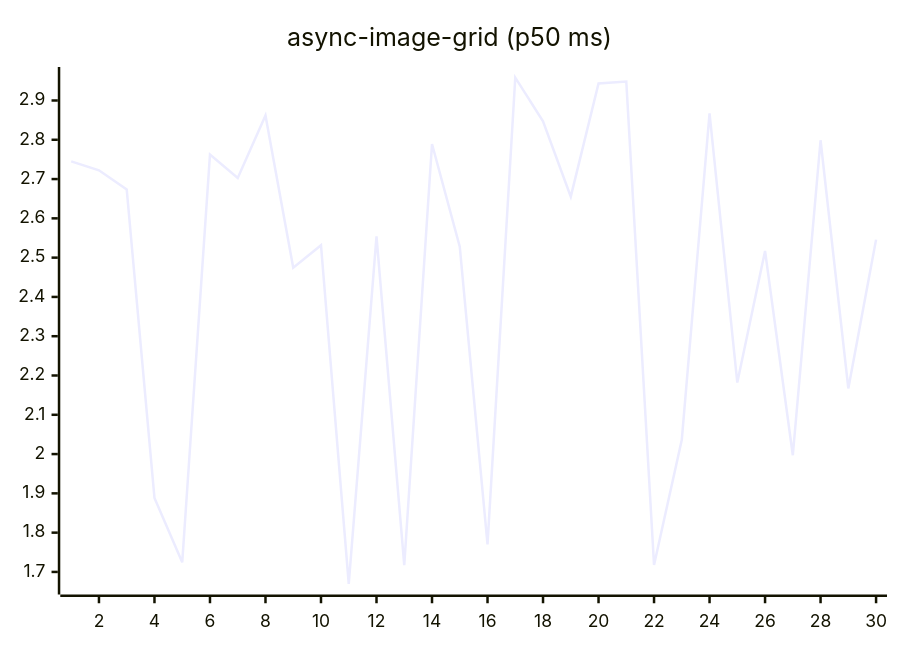
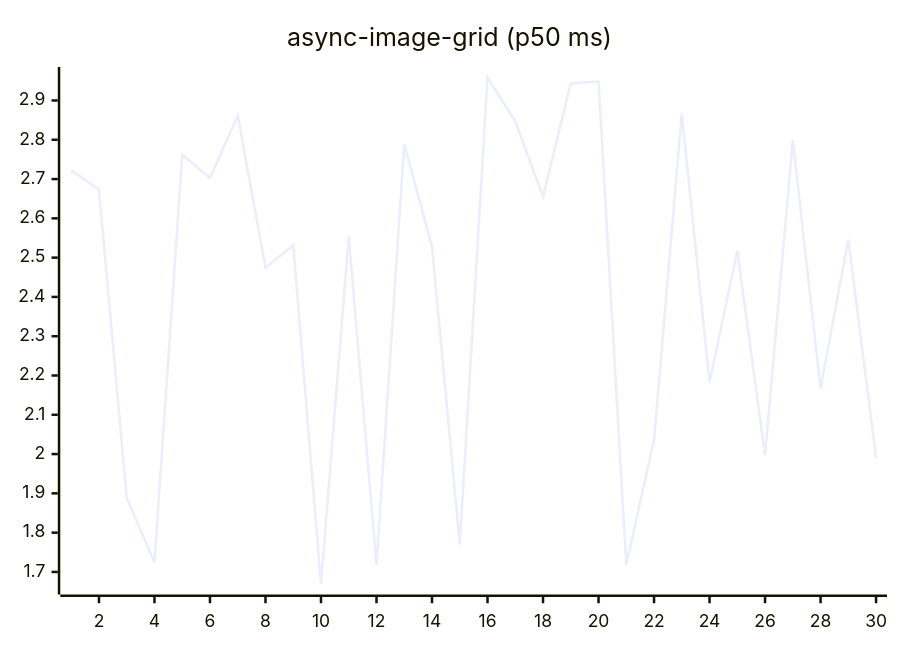
The fifth of 27 diagrams in README.md (josha/Facet), drawn with Mermaid before and after one commit. The commit also changed other lines of this file and 2 other files, not shown here.

````diff
--- a/README.md
+++ b/README.md
@@ -91,6 +91,6 @@
 ```mermaid
 xychart-beta
     title "async-image-grid (p50 ms)"
     x-axis 1 --> 30
-    line [2.7451, 2.7222, 2.6737, 1.8884, 1.7244, 2.7624, 2.7026, 2.8617, 2.4742, 2.5316, 1.6696, 2.5539, 1.7175, 2.7892, 2.5277, 1.7701, 2.9582, 2.8471, 2.6552, 2.9433, 2.9481, 1.7177, 2.0365, 2.8674, 2.1819, 2.5171, 1.9970, 2.7988, 2.1671, 2.5459]
+    line [2.7222, 2.6737, 1.8884, 1.7244, 2.7624, 2.7026, 2.8617, 2.4742, 2.5316, 1.6696, 2.5539, 1.7175, 2.7892, 2.5277, 1.7701, 2.9582, 2.8471, 2.6552, 2.9433, 2.9481, 1.7177, 2.0365, 2.8674, 2.1819, 2.5171, 1.9970, 2.7988, 2.1671, 2.5459, 1.9906]
 ```
````
